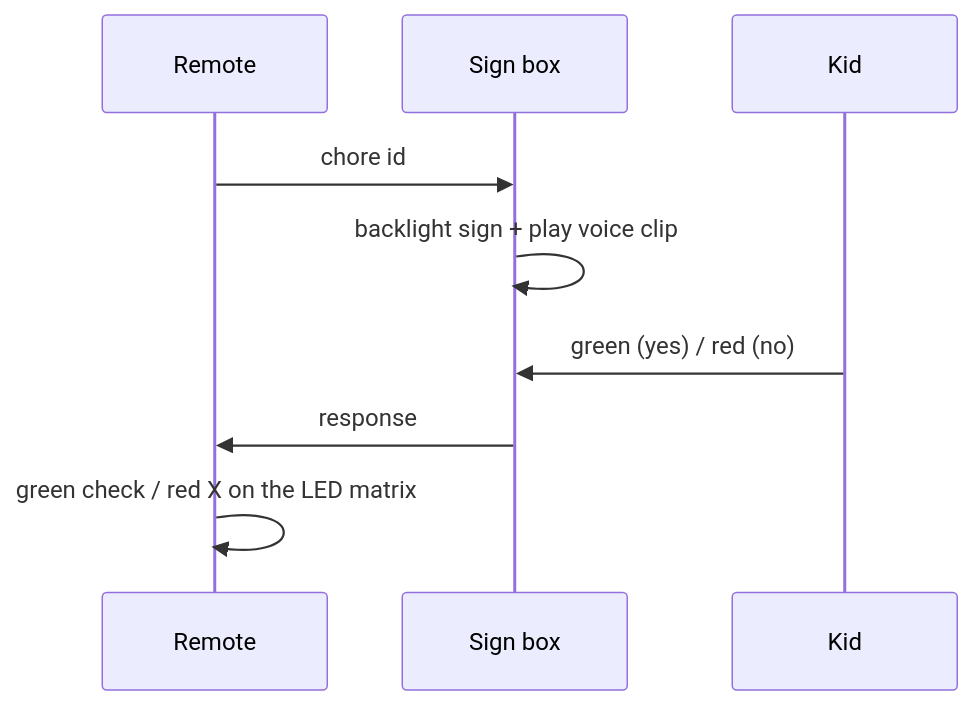
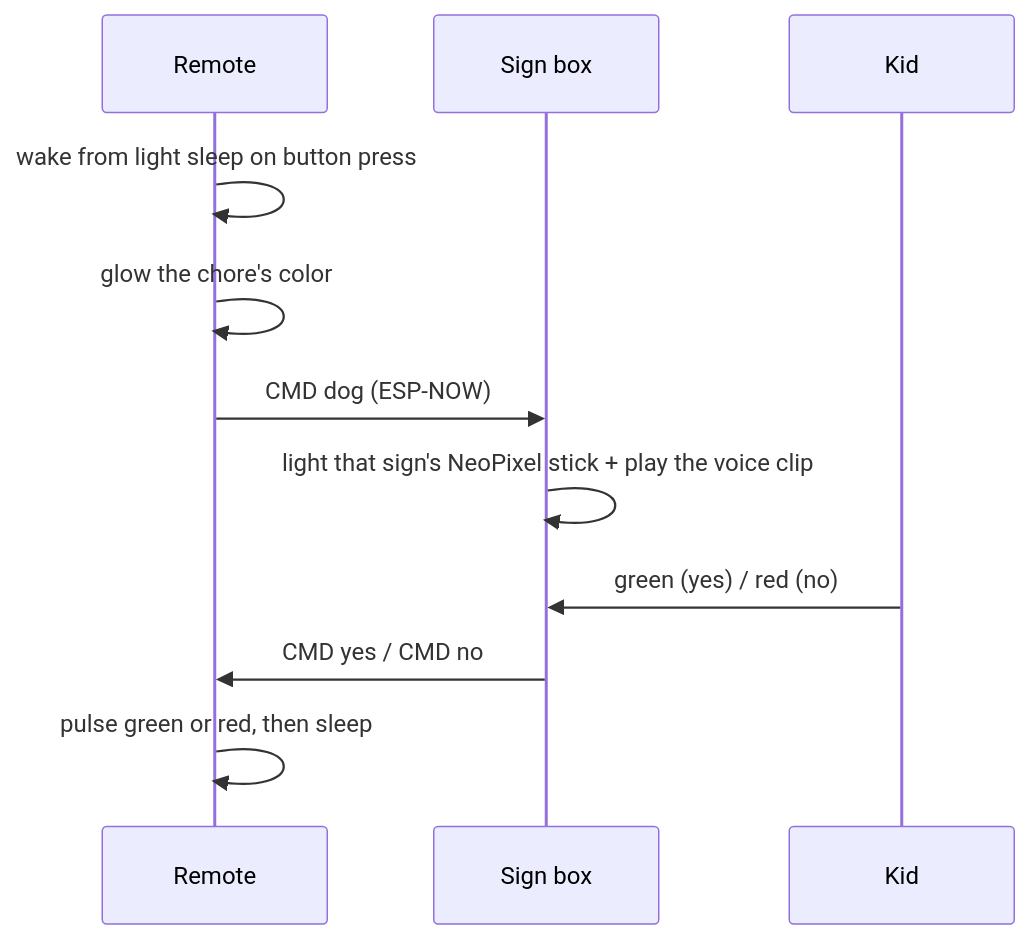
The diagram in README.md (rconde01/chore_box), drawn with Mermaid before and after one commit. The commit also changed other lines of this file and 16 other files, not shown here.

````diff
--- a/README.md
+++ b/README.md
@@ -30,11 +35,13 @@
 ```mermaid
 sequenceDiagram
     participant R as Remote
     participant B as Sign box
     participant K as Kid
-    R->>B: chore id
-    B->>B: backlight sign + play voice clip
+    R->>R: wake from light sleep on button press
+    R->>R: glow the chore's color
+    R->>B: CMD dog (ESP-NOW)
+    B->>B: light that sign's NeoPixel stick + play the voice clip
     K->>B: green (yes) / red (no)
-    B->>R: response
-    R->>R: green check / red X on the LED matrix
+    B->>R: CMD yes / CMD no
+    R->>R: pulse green or red, then sleep
 ```
````
